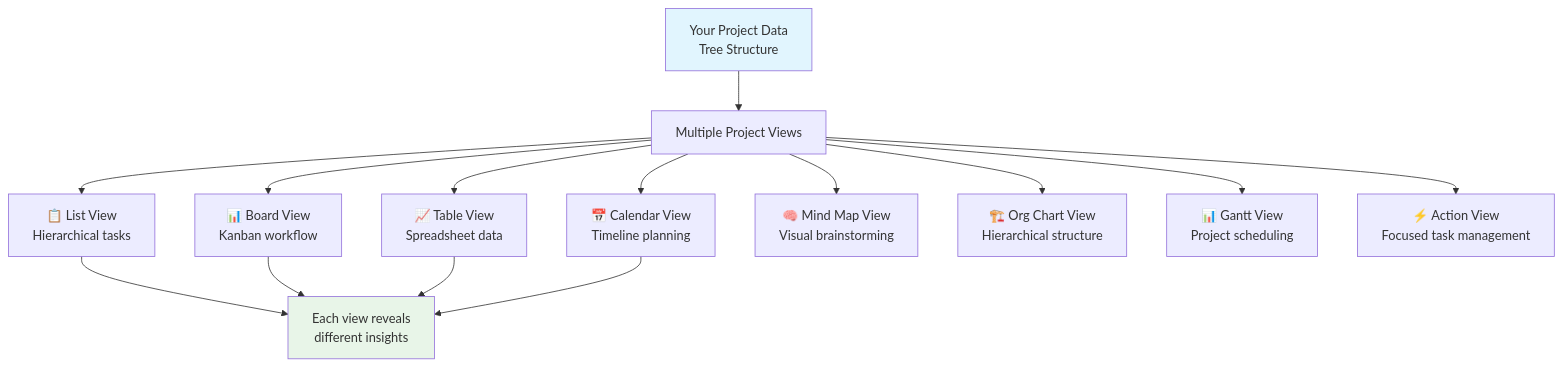
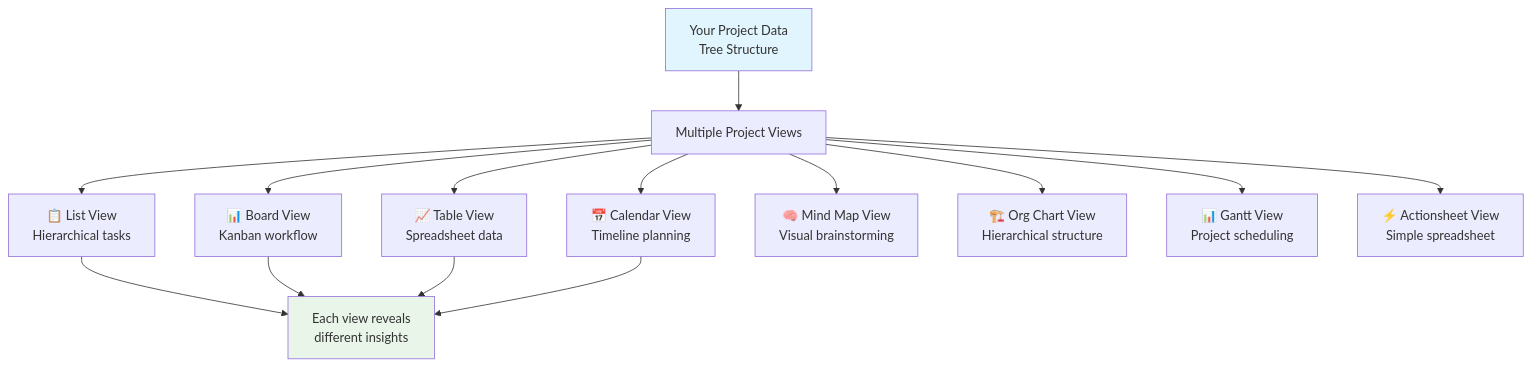
Before and after one commit to taskade/docs: the diagram in help-and-support/index/02_projects.md, drawn with Mermaid. The commit also changed other lines of this file and 83 other files, not shown here.

````diff
--- a/help-and-support/index/02_projects.md
+++ b/help-and-support/index/02_projects.md
@@ -25,21 +25,21 @@
 ```mermaid
 flowchart TD
     DATA[Your Project Data<br/>Tree Structure] --> VIEWS[Multiple Project Views]
 
     VIEWS --> LIST[📋 List View<br/>Hierarchical tasks]
     VIEWS --> BOARD[📊 Board View<br/>Kanban workflow]
     VIEWS --> TABLE[📈 Table View<br/>Spreadsheet data]
     VIEWS --> CALENDAR[📅 Calendar View<br/>Timeline planning]
     VIEWS --> MIND[🧠 Mind Map View<br/>Visual brainstorming]
     VIEWS --> ORG[🏗️ Org Chart View<br/>Hierarchical structure]
     VIEWS --> GANTT[📊 Gantt View<br/>Project scheduling]
-    VIEWS --> ACTION[⚡ Action View<br/>Focused task management]
+    VIEWS --> ACTION[⚡ Actionsheet View<br/>Simple spreadsheet]
 
     LIST --> INSIGHT[Each view reveals<br/>different insights]
     BOARD --> INSIGHT
     TABLE --> INSIGHT
     CALENDAR --> INSIGHT
 
     style DATA fill:#e1f5fe
     style INSIGHT fill:#e8f5e8
 ```
````
